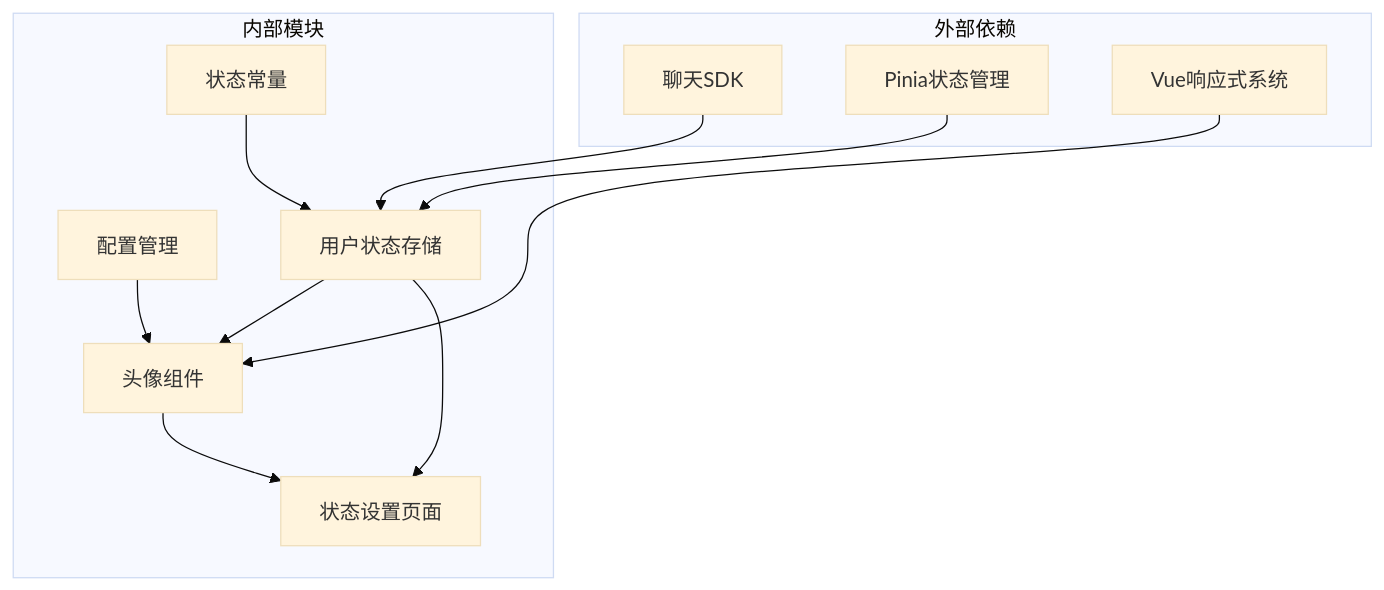
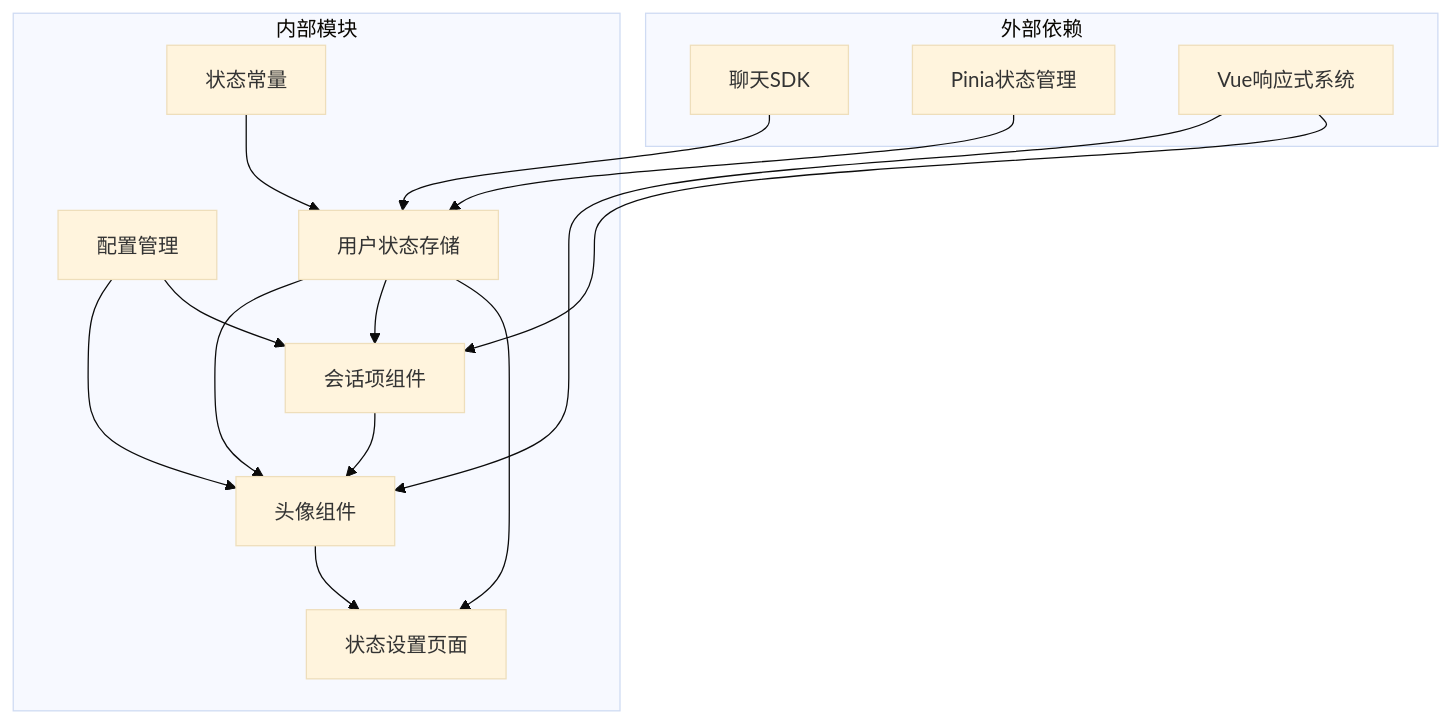
One commit to Easemob-Community/easemob-uikit-uniapp-community changed the ninth of 9 diagrams in .qoder/repowiki/zh/content/Presence Indicator Controls.md. Above: the diagram before and after it, drawn with Mermaid (base theme). The commit also changed other lines of this file and 5 other files, not shown here.

````diff
--- a/.qoder/repowiki/zh/content/Presence Indicator Controls.md
+++ b/.qoder/repowiki/zh/content/Presence Indicator Controls.md
@@ -279,23 +342,28 @@
 ```mermaid
 graph TB
 subgraph "外部依赖"
 SDK[聊天SDK]
 Pinia[Pinia状态管理]
 Vue[Vue响应式系统]
 end
 subgraph "内部模块"
 Const[状态常量]
 Config[配置管理]
 Store[用户状态存储]
 Avatar[头像组件]
+ConvItem[会话项组件]
 Pages[状态设置页面]
 end
 Const --> Store
 Config --> Avatar
+Config --> ConvItem
 Pinia --> Store
 Vue --> Avatar
+Vue --> ConvItem
 SDK --> Store
 Store --> Avatar
+Store --> ConvItem
 Store --> Pages
 Avatar --> Pages
+ConvItem --> Avatar
 ```
````
